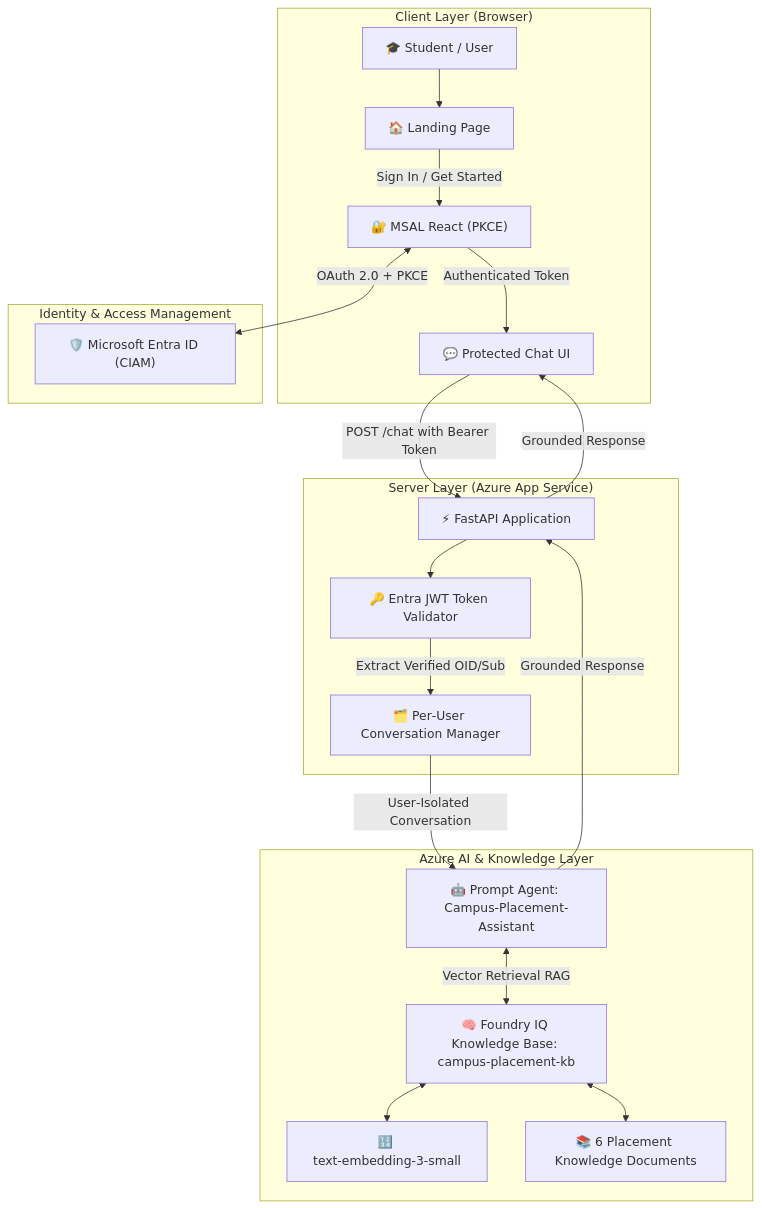
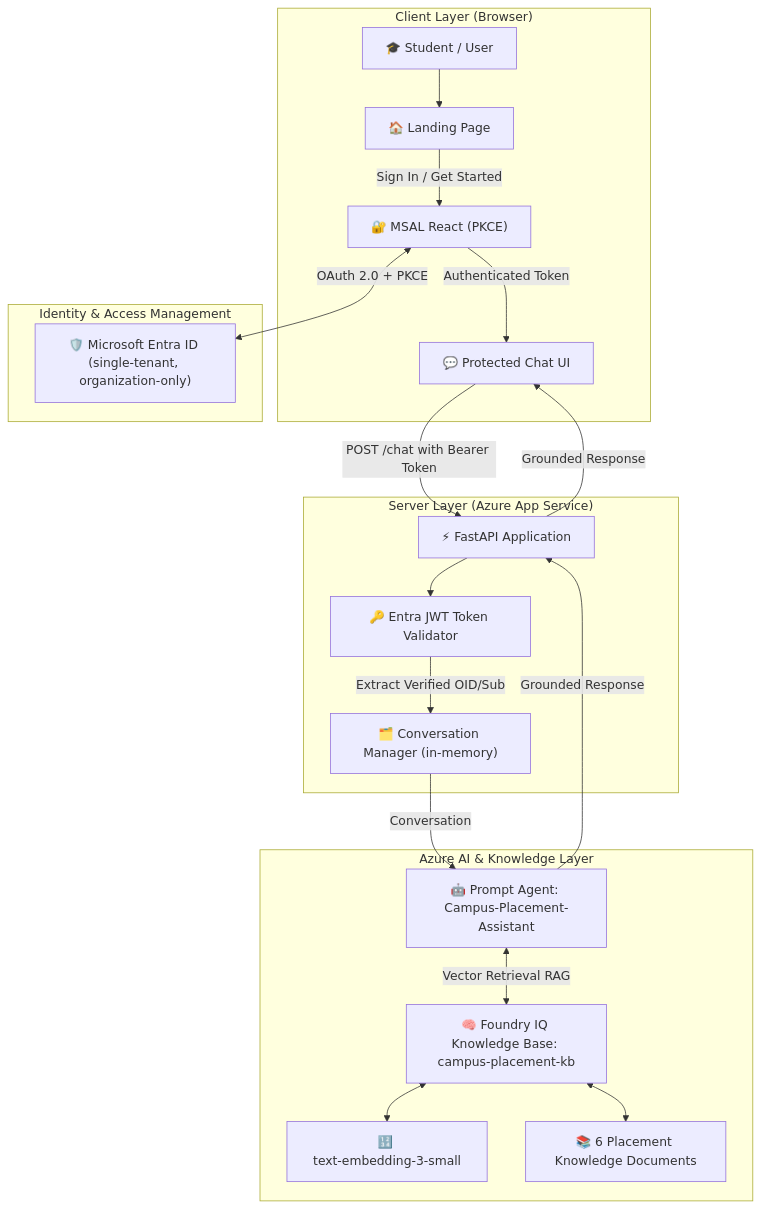
Before and after one commit to dilshand10/campus-placement-assistant: the diagram in README.md, drawn with Mermaid. The commit also changed other lines of this file, not shown here.

````diff
--- a/README.md
+++ b/README.md
@@ -56,40 +56,40 @@
 ```mermaid
 flowchart TD
     subgraph Client ["Client Layer (Browser)"]
         User["🎓 Student / User"]
         Landing["🏠 Landing Page"]
         AuthFlow["🔐 MSAL React (PKCE)"]
         ChatUI["💬 Protected Chat UI"]
     end
 
     subgraph Identity ["Identity & Access Management"]
-        Entra["🛡️ Microsoft Entra ID (CIAM)"]
+        Entra["🛡️ Microsoft Entra ID (single-tenant, organization-only)"]
     end
 
     subgraph Backend ["Server Layer (Azure App Service)"]
         FastAPI["⚡ FastAPI Application"]
         TokenVal["🔑 Entra JWT Token Validator"]
-        ConvMgr["🗂️ Per‑User Conversation Manager"]
+        ConvMgr["🗂️ Conversation Manager (in‑memory)"]
     end
 
     subgraph Foundry ["Azure AI & Knowledge Layer"]
         Agent["🤖 Prompt Agent: Campus-Placement-Assistant"]
         FoundryIQ["🧠 Foundry IQ Knowledge Base: campus-placement-kb"]
         Embeddings["🔢 text‑embedding‑3‑small"]
         Docs["📚 6 Placement Knowledge Documents"]
     end
 
     User --> Landing
     Landing -->|Sign In / Get Started| AuthFlow
     AuthFlow <--> |OAuth 2.0 + PKCE| Entra
     AuthFlow -->|Authenticated Token| ChatUI
     ChatUI -->|POST /chat with Bearer Token| FastAPI
     FastAPI --> TokenVal
     TokenVal -->|Extract Verified OID/Sub| ConvMgr
-    ConvMgr -->|User‑Isolated Conversation| Agent
+    ConvMgr -->|Conversation| Agent
     Agent <-->|Vector Retrieval RAG| FoundryIQ
     FoundryIQ <--> Embeddings
     FoundryIQ <--> Docs
     Agent -->|Grounded Response| FastAPI
     FastAPI -->|Grounded Response| ChatUI
 ```
````
